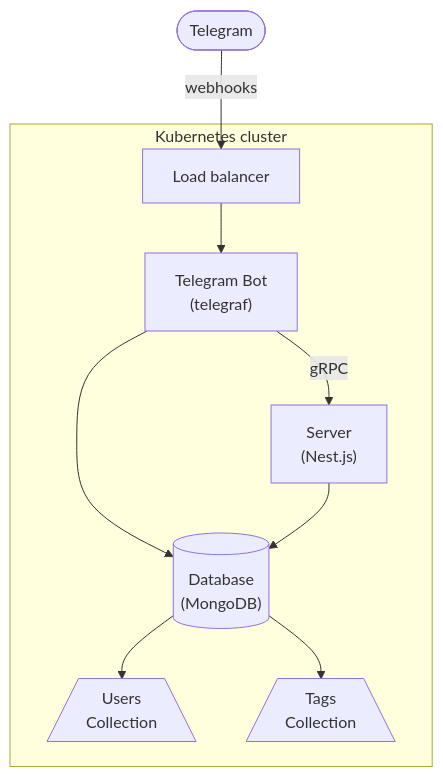
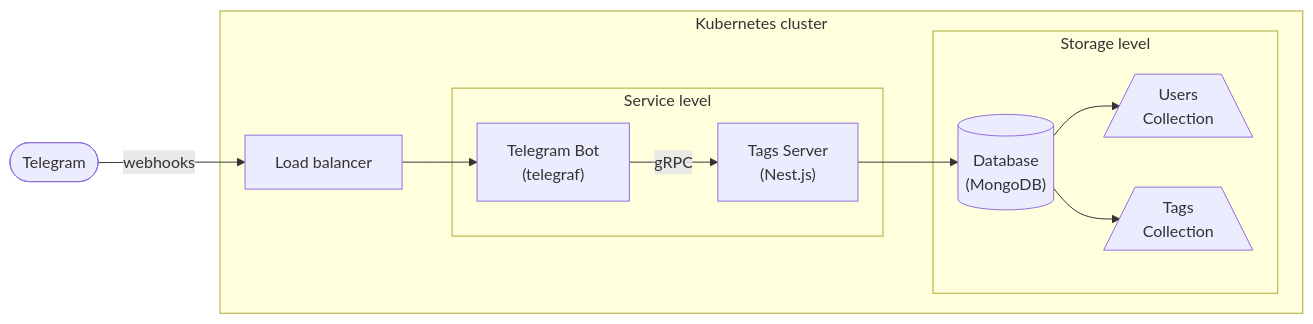
One commit to vitaly-rudenko/tag-media-bot changed the first of 2 diagrams in docs/diagrams.md. Above: the diagram before and after it, drawn with Mermaid. The commit also changed other lines of this file, not shown here.

Commit message:
Updated diagrams

````diff
--- a/docs/diagrams.md
+++ b/docs/diagrams.md
@@ -5,23 +5,27 @@
 ```mermaid
-graph TD
+graph LR
 
 telegram(["Telegram"])
 
 subgraph Kubernetes cluster
   lb["Load balancer"]
-  bot["Telegram Bot\n(telegraf)"]
-  server["Server\n(Nest.js)"]
   
-  db[("Database\n(MongoDB)")]
-  db_users[/Users\nCollection\]
-  db_tags[/Tags\nCollection\]
+  subgraph Service level
+    bot["Telegram Bot\n(telegraf)"]
+    server["Tags Server\n(Nest.js)"]
+  end
+  
+  subgraph Storage level
+    db[("Database\n(MongoDB)")]
+    db_users[/Users\nCollection\]
+    db_tags[/Tags\nCollection\]
+  end
 end
 
 db-->db_users & db_tags
 
 telegram-->|webhooks|lb
 lb-->bot
 bot-->|gRPC|server
-bot-->db
 server-->db
 ```
````
